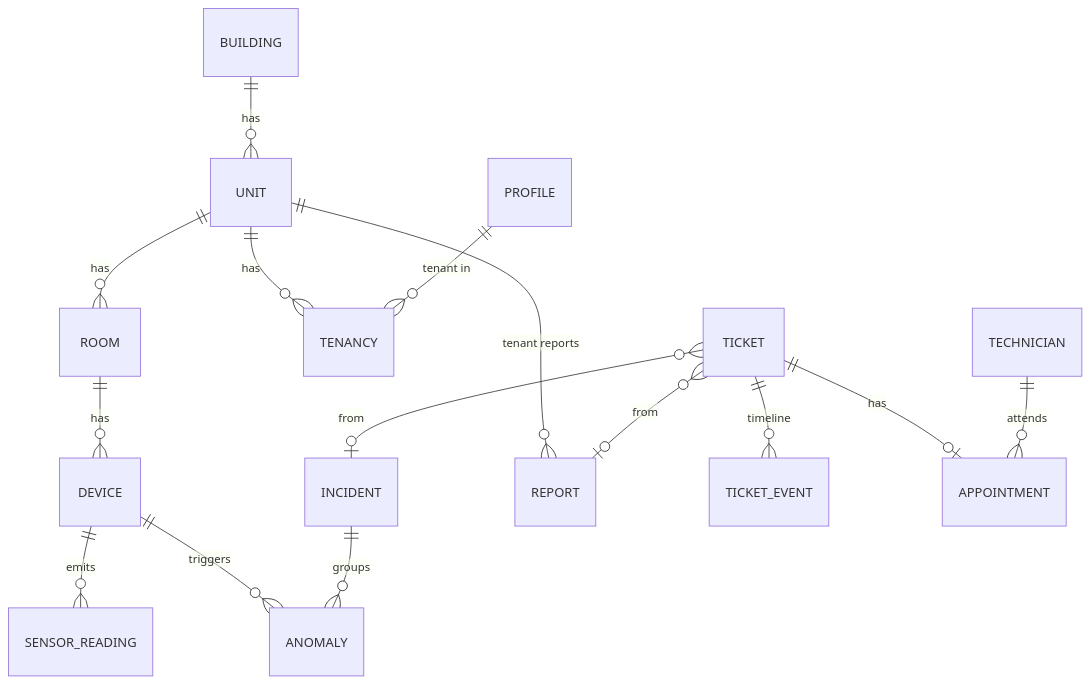
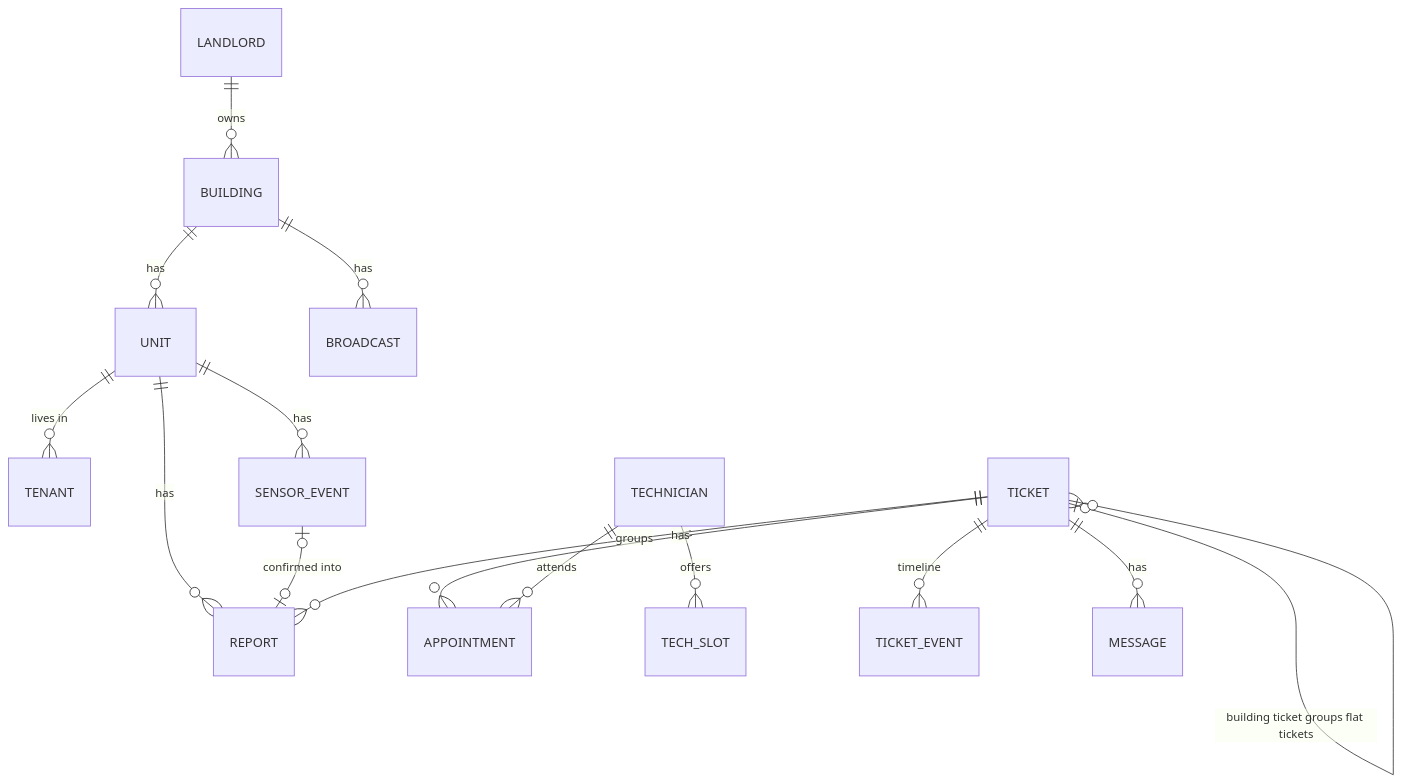
Before and after one commit to lepn202/DT-GroupProject: the third of 4 diagrams in architecture.md, drawn with Mermaid. The commit also changed other lines of this file and 1 other file, not shown here.

First line of the commit message:
Align architecture.md with product.md MVP scope

````diff
--- a/architecture.md
+++ b/architecture.md
@@ -242,17 +352,17 @@
 ```mermaid
 erDiagram
+    LANDLORD ||--o{ BUILDING : owns
     BUILDING ||--o{ UNIT : has
-    UNIT ||--o{ ROOM : has
-    UNIT ||--o{ TENANCY : has
-    PROFILE ||--o{ TENANCY : "tenant in"
-    ROOM ||--o{ DEVICE : has
-    DEVICE ||--o{ SENSOR_READING : emits
-    DEVICE ||--o{ ANOMALY : triggers
-    INCIDENT ||--o{ ANOMALY : groups
-    UNIT ||--o{ REPORT : "tenant reports"
-    TICKET }o--o| INCIDENT : from
-    TICKET }o--o| REPORT : from
+    UNIT ||--o{ TENANT : "lives in"
+    UNIT ||--o{ SENSOR_EVENT : has
+    UNIT ||--o{ REPORT : has
+    SENSOR_EVENT |o--o| REPORT : "confirmed into"
+    TICKET ||--o{ REPORT : groups
+    TICKET |o--o{ TICKET : "building ticket groups flat tickets"
+    TICKET ||--o{ APPOINTMENT : has
+    TECHNICIAN ||--o{ APPOINTMENT : attends
+    TECHNICIAN ||--o{ TECH_SLOT : offers
     TICKET ||--o{ TICKET_EVENT : timeline
-    TICKET ||--o| APPOINTMENT : has
-    TECHNICIAN ||--o{ APPOINTMENT : attends
+    TICKET ||--o{ MESSAGE : has
+    BUILDING ||--o{ BROADCAST : has
 ```
````
